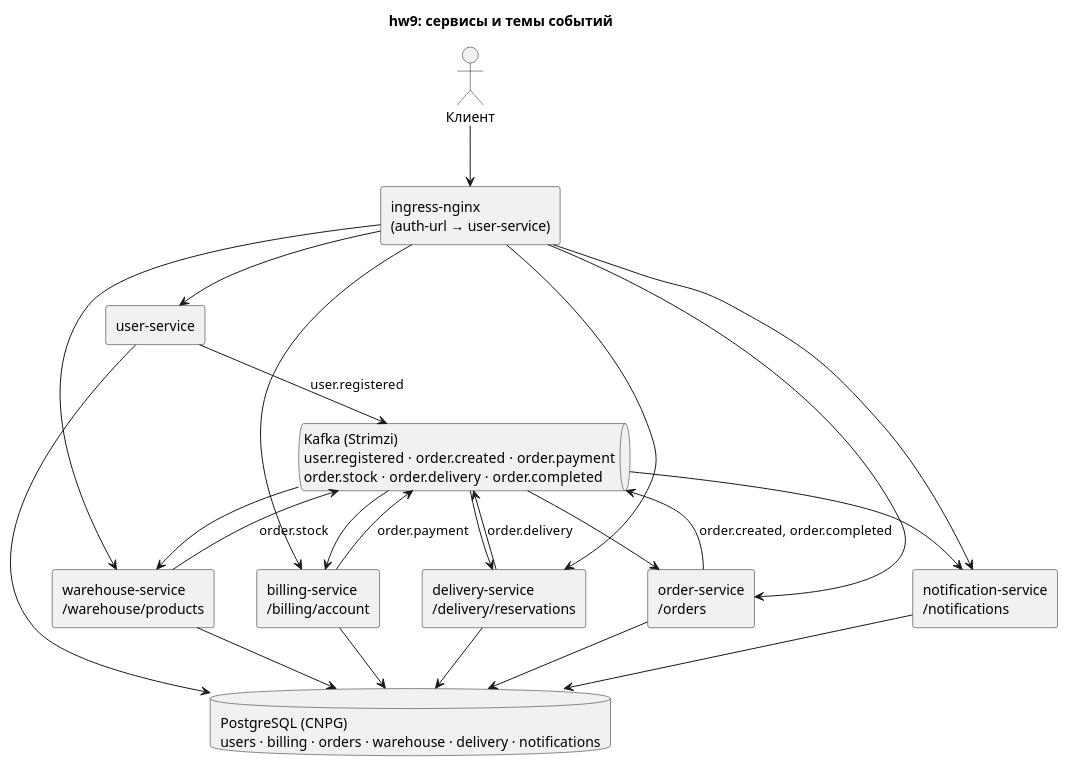
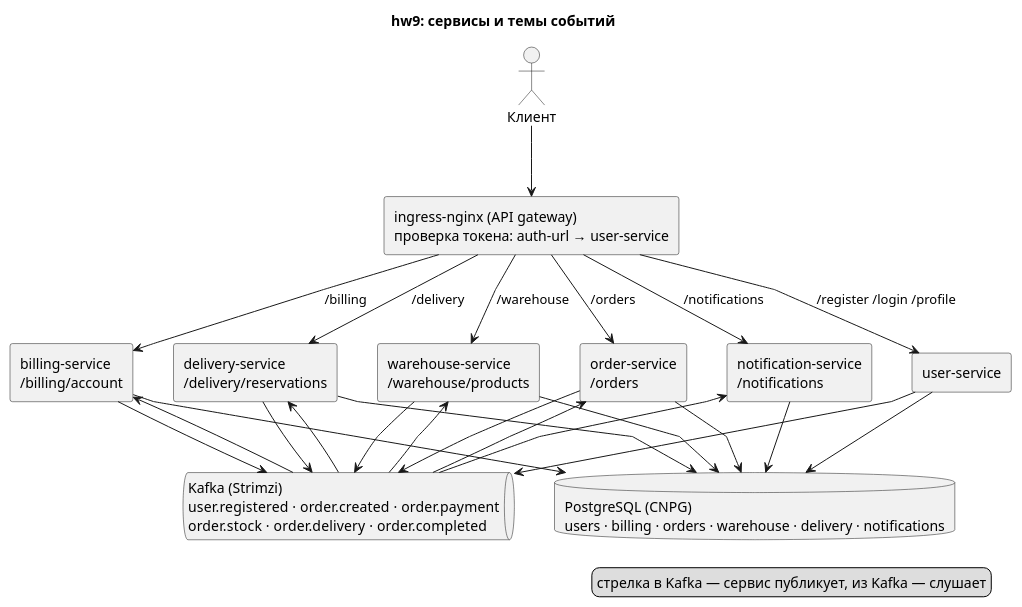
One commit to BoldyrevMichael/microservice-architecture-my-homework changed the diagram in hw9-idempotency/docs/architecture.puml. Above: the diagram before and after it, drawn with PlantUML. The commit also changed 16 other files, not shown here.

Commit message:
hw9: общий helm-чарт сервисов с values на сервис, схема архитектуры, самодостаточный README с двумя путями установки, порядком удаления и пояснением к повтору событий.

```diff
--- a/hw9-idempotency/docs/architecture.puml
+++ b/hw9-idempotency/docs/architecture.puml
@@ -1,37 +1,48 @@
 @startuml
 title hw9: сервисы и темы событий
 skinparam componentStyle rectangle
-actor Клиент
-rectangle "ingress-nginx\n(auth-url → user-service)" as gw
+skinparam linetype polyline
+skinparam nodesep 40
+skinparam ranksep 70
+actor Клиент as client
+rectangle "ingress-nginx (API gateway)\nпроверка токена: auth-url → user-service" as gw
 rectangle "user-service" as u
 rectangle "order-service\n/orders" as o
 rectangle "billing-service\n/billing/account" as b
 rectangle "warehouse-service\n/warehouse/products" as w
 rectangle "delivery-service\n/delivery/reservations" as d
 rectangle "notification-service\n/notifications" as n
 queue "Kafka (Strimzi)\nuser.registered · order.created · order.payment\norder.stock · order.delivery · order.completed" as k
 database "PostgreSQL (CNPG)\nusers · billing · orders · warehouse · delivery · notifications" as db
-Клиент --> gw
-gw --> u
-gw --> o
-gw --> b
-gw --> w
-gw --> d
-gw --> n
-u --> k : user.registered
-o --> k : order.created, order.completed
-b --> k : order.payment
-w --> k : order.stock
-d --> k : order.delivery
-k --> o
-k --> b
-k --> w
-k --> d
-k --> n
-u --> db
-o --> db
-b --> db
-w --> db
-d --> db
-n --> db
+
+client -down-> gw
+gw -down-> u : /register /login /profile
+gw -down-> o : /orders
+gw -down-> b : /billing
+gw -down-> w : /warehouse
+gw -down-> d : /delivery
+gw -down-> n : /notifications
+
+k -[hidden]right-> db
+
+u -down-> k
+o -down-> k
+b -down-> k
+w -down-> k
+d -down-> k
+k -up-> o
+k -up-> b
+k -up-> w
+k -up-> d
+k -up-> n
+
+u -down-> db
+o -down-> db
+b -down-> db
+w -down-> db
+d -down-> db
+n -down-> db
+legend right
+стрелка в Kafka — сервис публикует, из Kafka — слушает
+endlegend
 @enduml
```
